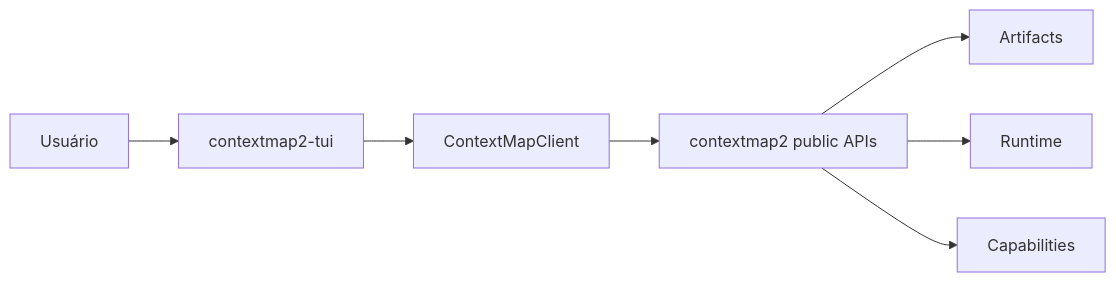
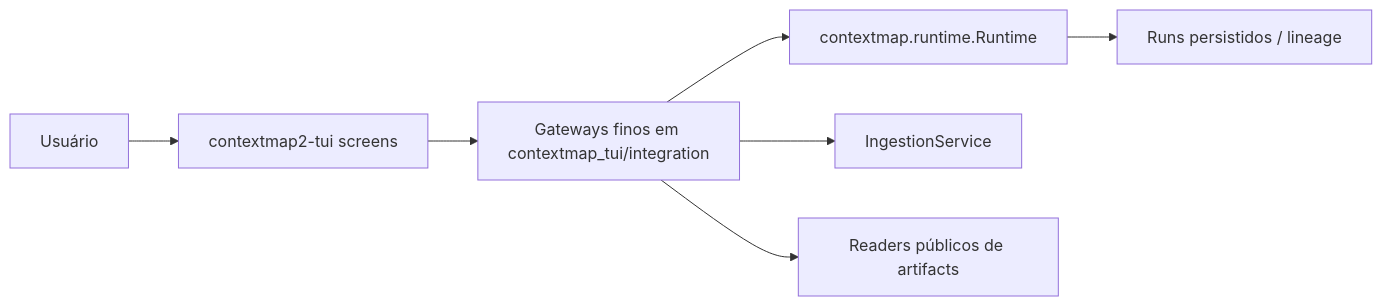
One commit to Alexandre-Tortoza/contextmap2-tui changed the diagram in README.md. Above: the diagram before and after it, drawn with Mermaid. The commit also changed other lines of this file and 3 other files, not shown here.

First line of the commit message:
docs: refresh roadmap and architecture for the public ContextMap2 runtime

````diff
--- a/README.md
+++ b/README.md
@@ -16,9 +22,9 @@
 ```mermaid
 flowchart LR
-    USER[Usuário] --> TUI[contextmap2-tui]
-    TUI --> GW[ContextMapClient]
-    GW --> CORE[contextmap2 public APIs]
-    CORE --> ART[Artifacts]
-    CORE --> RT[Runtime]
-    CORE --> CAP[Capabilities]
+    USER[Usuário] --> TUI[contextmap2-tui screens]
+    TUI --> GW[Gateways finos em contextmap_tui/integration]
+    GW --> RT[contextmap.runtime.Runtime]
+    GW --> ING[IngestionService]
+    GW --> RD[Readers públicos de artifacts]
+    RT --> RUNS[Runs persistidos / lineage]
 ```
````
